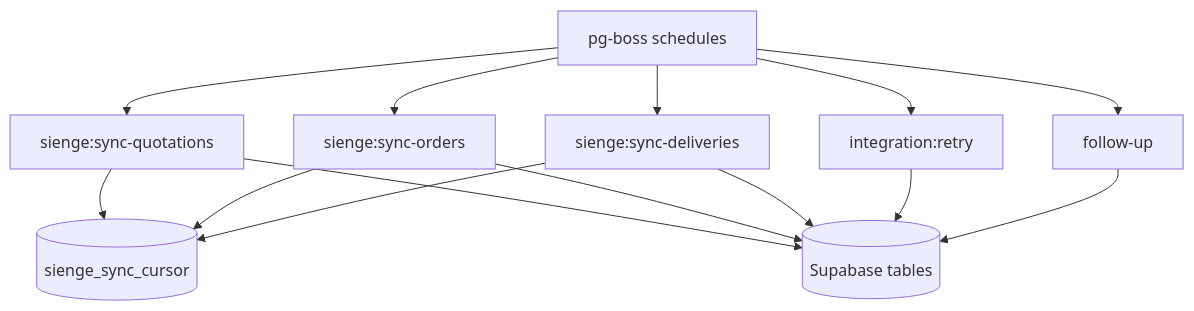
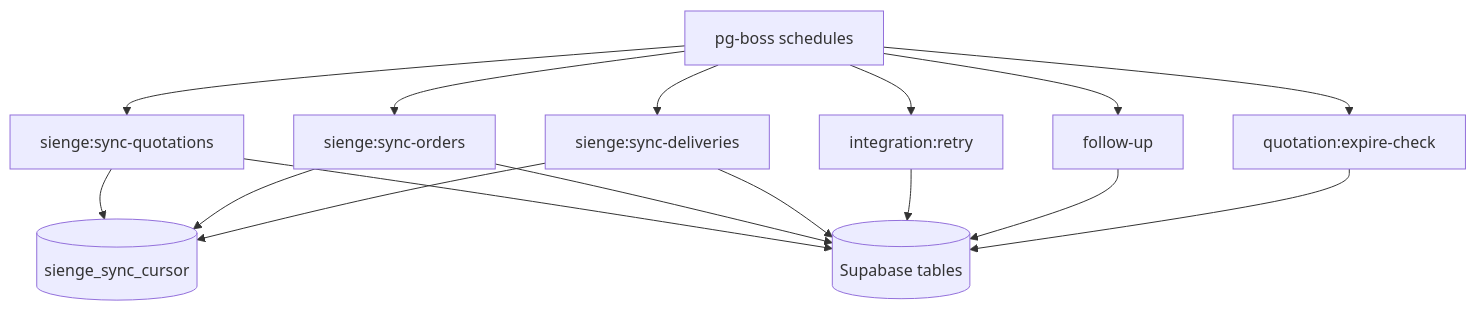
Before and after one commit to colatto/projetoG: the fourth of 5 diagrams in docs/architecture.md, drawn with Mermaid. The commit also changed other lines of this file and 21 other files, not shown here.

````diff
--- a/docs/architecture.md
+++ b/docs/architecture.md
@@ -90,18 +90,20 @@
 ```mermaid
 flowchart TD
     C[pg-boss schedules] --> SQ[sienge:sync-quotations]
     C --> SO[sienge:sync-orders]
     C --> SD[sienge:sync-deliveries]
     C --> RI[integration:retry]
     C --> FU[follow-up]
+    C --> QE[quotation:expire-check]
 
     SQ --> SC[(sienge_sync_cursor)]
     SO --> SC
     SD --> SC
 
     SQ --> DB[(Supabase tables)]
     SO --> DB
     SD --> DB
     RI --> DB
     FU --> DB
+    QE --> DB
 ```
````
